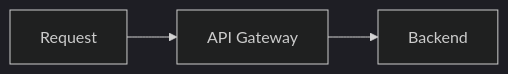
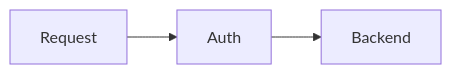
Before and after one commit to LZ26/professional-highlights: the second of 3 diagrams in EXPLANATIONS.md, drawn with Mermaid. The commit also changed other lines of this file, not shown here.

````diff
--- a/EXPLANATIONS.md
+++ b/EXPLANATIONS.md
@@ -18,5 +13,4 @@
-```mermaid
-%%{init: {'theme':'dark'}}%% 
-flowchart LR
-    A[Request] --> B[API Gateway] --> C[Backend]
-```
+```mermaid  
+flowchart LR  
+    A[Request] --> B[Auth] --> C[Backend]  
+```  
````
